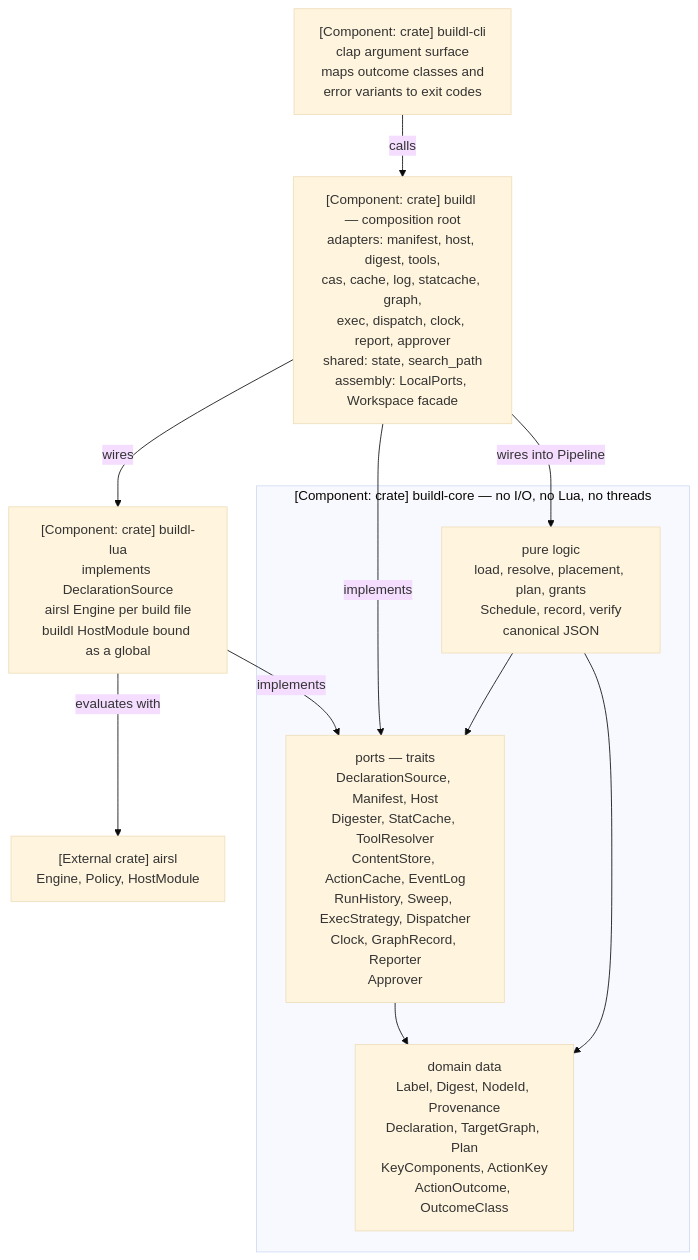
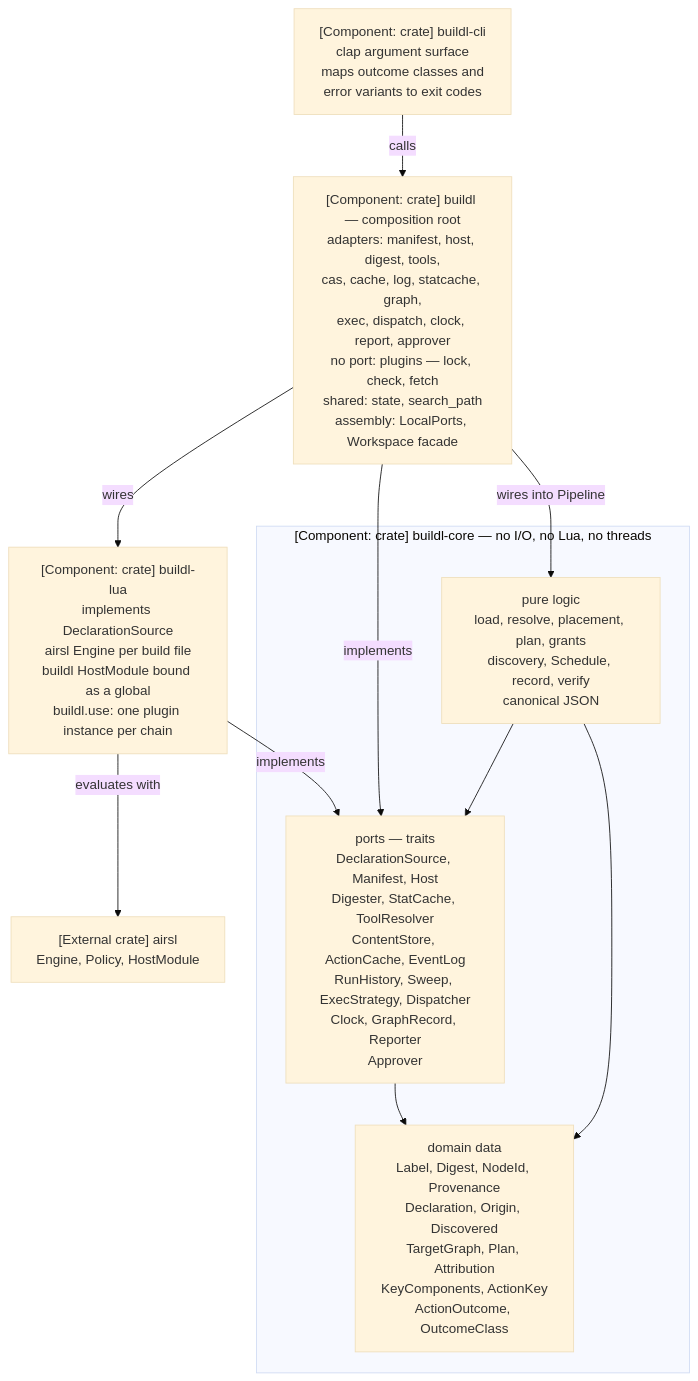
One commit to airsstack/buildl changed the fourth of 7 diagrams in docs/architecture-building-blocks.md. Above: the diagram before and after it, drawn with Mermaid (base theme). The commit also changed other lines of this file and 168 other files, not shown here.

First line of the commit message:
Plugins and discovery targets: buildl.toml plugins, plugins fetch, buildl.use and two-pass loading (#16)

````diff
--- a/docs/architecture-building-blocks.md
+++ b/docs/architecture-building-blocks.md
@@ -102,22 +104,22 @@
 ```mermaid
 %% C4 level 3 — components inside the CLI process
 graph TD
     CLI["[Component: crate] buildl-cli<br/>clap argument surface<br/>maps outcome classes and<br/>error variants to exit codes"]
-    LIB["[Component: crate] buildl — composition root<br/>adapters: manifest, host, digest, tools,<br/>cas, cache, log, statcache, graph,<br/>exec, dispatch, clock, report, approver<br/>shared: state, search_path<br/>assembly: LocalPorts, Workspace facade"]
-    LUA["[Component: crate] buildl-lua<br/>implements DeclarationSource<br/>airsl Engine per build file<br/>buildl HostModule bound as a global"]
+    LIB["[Component: crate] buildl — composition root<br/>adapters: manifest, host, digest, tools,<br/>cas, cache, log, statcache, graph,<br/>exec, dispatch, clock, report, approver<br/>no port: plugins — lock, check, fetch<br/>shared: state, search_path<br/>assembly: LocalPorts, Workspace facade"]
+    LUA["[Component: crate] buildl-lua<br/>implements DeclarationSource<br/>airsl Engine per build file<br/>buildl HostModule bound as a global<br/>buildl.use: one plugin instance per chain"]
     subgraph CORE["[Component: crate] buildl-core — no I/O, no Lua, no threads"]
-        DATA["domain data<br/>Label, Digest, NodeId, Provenance<br/>Declaration, TargetGraph, Plan<br/>KeyComponents, ActionKey<br/>ActionOutcome, OutcomeClass"]
+        DATA["domain data<br/>Label, Digest, NodeId, Provenance<br/>Declaration, Origin, Discovered<br/>TargetGraph, Plan, Attribution<br/>KeyComponents, ActionKey<br/>ActionOutcome, OutcomeClass"]
         PORTS["ports — traits<br/>DeclarationSource, Manifest, Host<br/>Digester, StatCache, ToolResolver<br/>ContentStore, ActionCache, EventLog<br/>RunHistory, Sweep, ExecStrategy, Dispatcher<br/>Clock, GraphRecord, Reporter<br/>Approver"]
-        LOGIC["pure logic<br/>load, resolve, placement, plan, grants<br/>Schedule, record, verify<br/>canonical JSON"]
+        LOGIC["pure logic<br/>load, resolve, placement, plan, grants<br/>discovery, Schedule, record, verify<br/>canonical JSON"]
     end
     AIRSL["[External crate] airsl<br/>Engine, Policy, HostModule"]
     CLI -->|"calls"| LIB
     LIB -->|"wires"| LUA
     LIB -->|"implements"| PORTS
     LIB -->|"wires into Pipeline"| LOGIC
     LUA -->|"implements"| PORTS
     LUA -->|"evaluates with"| AIRSL
     LOGIC --> PORTS
     LOGIC --> DATA
     PORTS --> DATA
 ```
````
